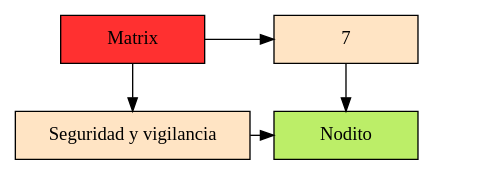
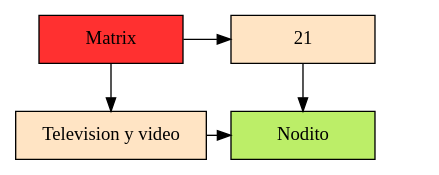
Before and after one commit to JAlvarez9/EDD_VirtualMall_201900528: the diagram in EDD_VirtualMall/Backend/Dots/matriz.dot, drawn with Graphviz. The commit also changed 31 other files, not shown here.

```diff
--- a/EDD_VirtualMall/Backend/Dots/matriz.dot
+++ b/EDD_VirtualMall/Backend/Dots/matriz.dot
@@ -1,15 +1,15 @@
 digraph G{ 
 node [shape=box] 
  Mt[ label = "Matrix", width = 1.5, style = filled, fillcolor = firebrick1, group = 1 ]; 
 e0[ shape = point, width = 0 ]; 
 e1[ shape = point, width = 0 ]; 
-node0xc00008e540 [label = "Seguridad y vigilancia"    width = 1.5 style = filled, fillcolor = bisque1, group = 1 ]; 
-node0xc0000b0050 [label = "7"    width = 1.5 style = filled, fillcolor = bisque1, group = 2 ]; 
-Mt -> node0xc00008e540 
-Mt -> node0xc0000b0050 
-{ rank = same; Mt;  node0xc0000b0050;} 
-node0xc0000b0050 -> node0xc000212340; 
-node0xc000212340 [label = "Nodito" style = filled, fillcolor = darkolivegreen2	 width = 1.5, group = 2 ]; 
-node0xc00008e540 -> node0xc000212340; 
-{ rank = same; node0xc00008e540; node0xc000212340;} 
+node0xc000057140 [label = "Television y video"    width = 1.5 style = filled, fillcolor = bisque1, group = 1 ]; 
+node0xc000058f00 [label = "21"    width = 1.5 style = filled, fillcolor = bisque1, group = 2 ]; 
+Mt -> node0xc000057140 
+Mt -> node0xc000058f00 
+{ rank = same; Mt;  node0xc000058f00;} 
+node0xc000058f00 -> node0xc000025ba0; 
+node0xc000025ba0 [label = "Nodito" style = filled, fillcolor = darkolivegreen2	 width = 1.5, group = 2 ]; 
+node0xc000057140 -> node0xc000025ba0; 
+{ rank = same; node0xc000057140; node0xc000025ba0;} 
 } 
```
